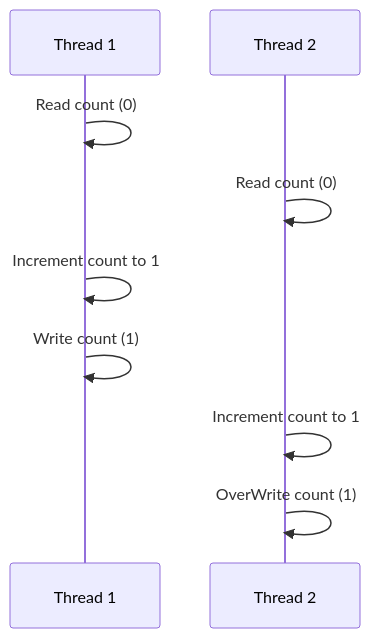
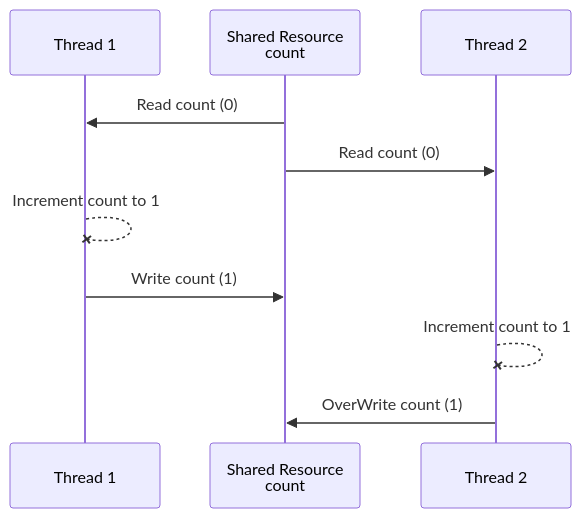
One commit to nitinkc/nitinkc.github.io changed the first of 2 diagrams in _posts/Java/threads/2022-08-06-race-condition.md. Above: the diagram before and after it, drawn with Mermaid. The commit also changed other lines of this file and 4 other files, not shown here.

````diff
--- a/_posts/Java/threads/2022-08-06-race-condition.md
+++ b/_posts/Java/threads/2022-08-06-race-condition.md
@@ -130,12 +89,14 @@
 ```mermaid!
 sequenceDiagram
     participant T1 as Thread 1
+    participant SR as Shared Resource<br/> count
     participant T2 as Thread 2
 
-    T1->>T1: Read count (0)
-    T2->>T2: Read count (0)
-    T1->>T1: Increment count to 1
-    T1->>T1: Write count (1)
-    T2->>T2: Increment count to 1
-    T2->>T2: OverWrite count (1)
+    SR ->> T1: Read count (0)
+    SR ->> T2: Read count (0)
+    
+    T1--x T1: Increment count to 1
+    T1->>SR: Write count (1)
+    T2--x T2: Increment count to 1
+    T2->>SR: OverWrite count (1)
 ```
````
